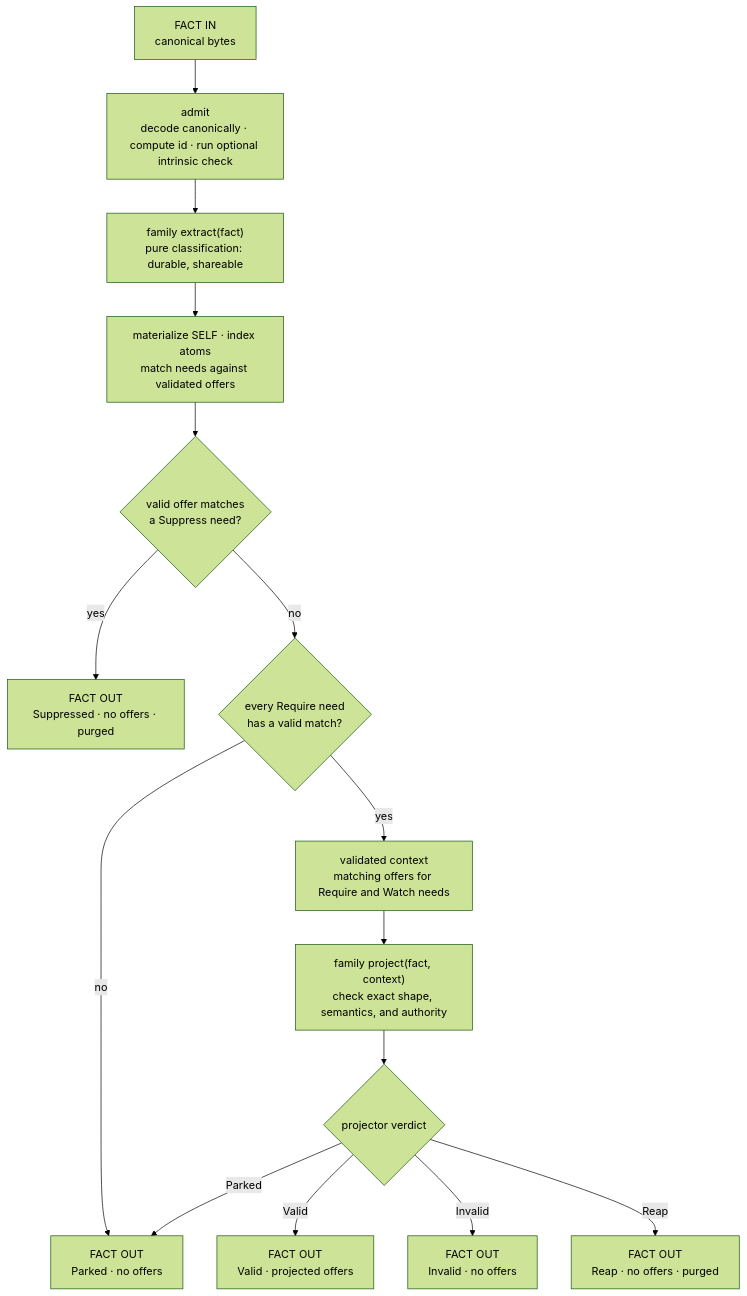
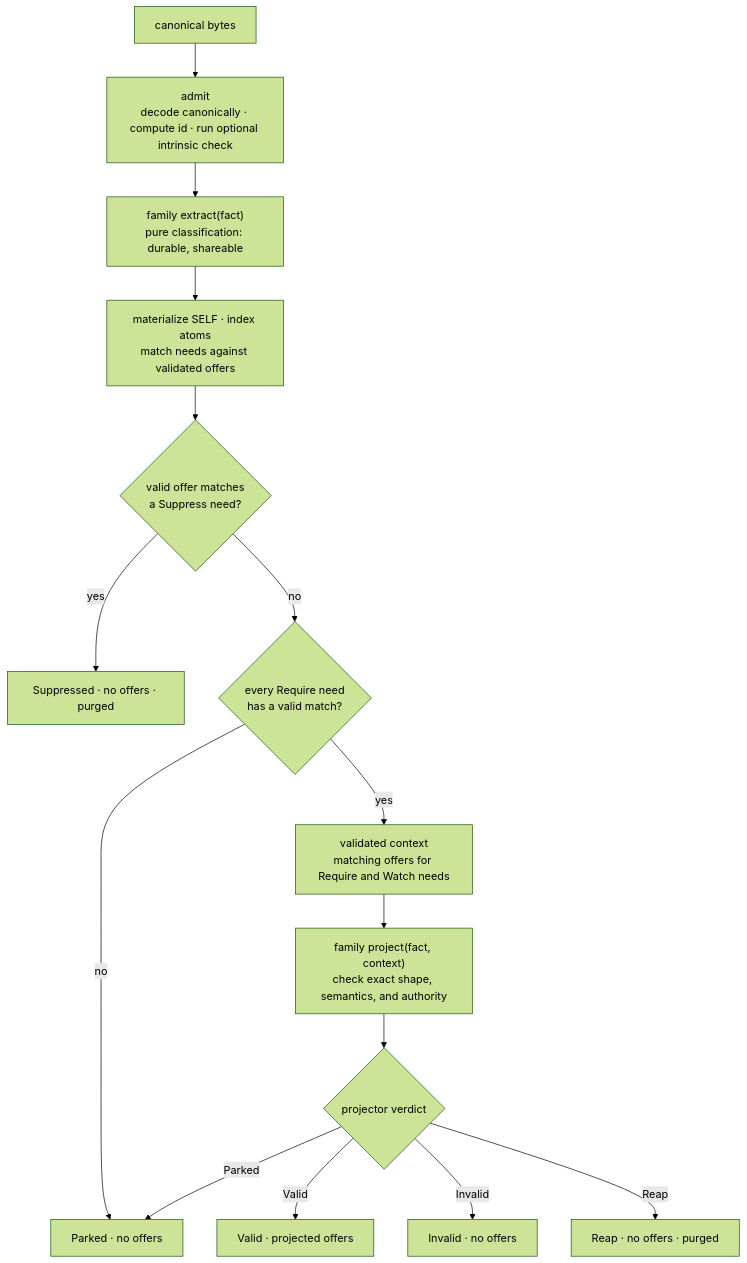
Before and after one commit to holmesworcester/poc-13: the diagram in README.md, drawn with Mermaid (forest theme).

Commit message:
docs: simplify fact pipeline labels

````diff
--- a/README.md
+++ b/README.md
@@ -87,17 +87,17 @@
 ```mermaid
 flowchart TB
-    I["FACT IN<br/>canonical bytes"] --> A["admit<br/>decode canonically · compute id · run optional intrinsic check"]
+    I["canonical bytes"] --> A["admit<br/>decode canonically · compute id · run optional intrinsic check"]
     A --> X["family extract(fact)<br/>pure classification: durable, shareable"]
     X --> M["materialize SELF · index atoms<br/>match needs against validated offers"]
     M --> D{"valid offer matches<br/>a Suppress need?"}
-    D -- yes --> Z["FACT OUT<br/>Suppressed · no offers · purged"]
+    D -- yes --> Z["Suppressed · no offers · purged"]
     D -- no --> Q{"every Require need<br/>has a valid match?"}
-    Q -- no --> K["FACT OUT<br/>Parked · no offers"]
+    Q -- no --> K["Parked · no offers"]
     Q -- yes --> C["validated context<br/>matching offers for Require and Watch needs"]
     C --> P["family project(fact, context)<br/>check exact shape, semantics, and authority"]
     P --> O{"projector verdict"}
-    O -- Valid --> V["FACT OUT<br/>Valid · projected offers"]
+    O -- Valid --> V["Valid · projected offers"]
     O -- Parked --> K
-    O -- Invalid --> N["FACT OUT<br/>Invalid · no offers"]
-    O -- Reap --> R["FACT OUT<br/>Reap · no offers · purged"]
+    O -- Invalid --> N["Invalid · no offers"]
+    O -- Reap --> R["Reap · no offers · purged"]
 ```
````
